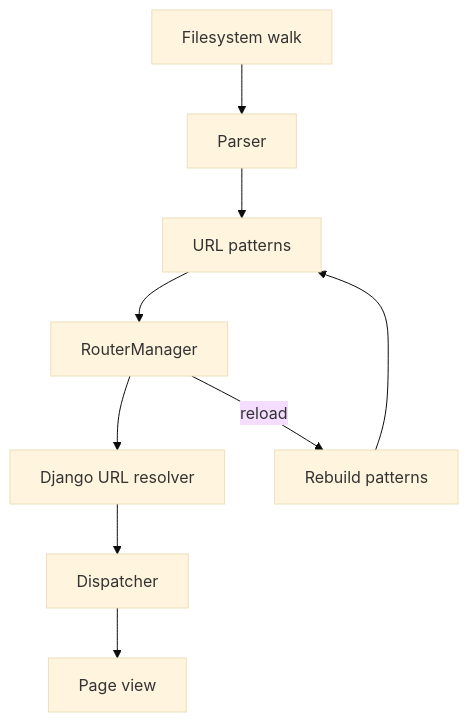
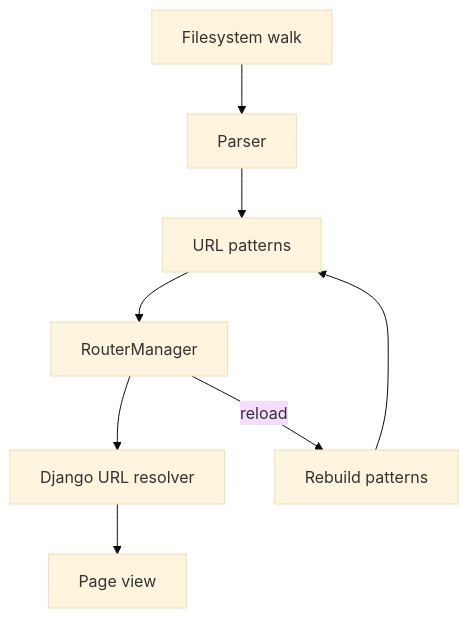
The diagram in docs/content/internals/url-router.rst (next-dj/next-dj), drawn with Mermaid (base theme) before and after one commit. The commit also changed other lines of this file and 82 other files, not shown here.

```diff
--- a/docs/content/internals/url-router.rst
+++ b/docs/content/internals/url-router.rst
@@ -21,11 +21,10 @@
 .. mermaid::
 
    flowchart TB
        Walk[Filesystem walk] --> Parser[Parser]
        Parser --> Patterns[URL patterns]
        Patterns --> Manager[RouterManager]
        Manager --> Resolver[Django URL resolver]
-       Resolver --> Dispatcher[Dispatcher]
-       Dispatcher --> PageView[Page view]
+       Resolver --> PageView[Page view]
        Manager -- reload --> Reload[Rebuild patterns]
        Reload --> Patterns
```
